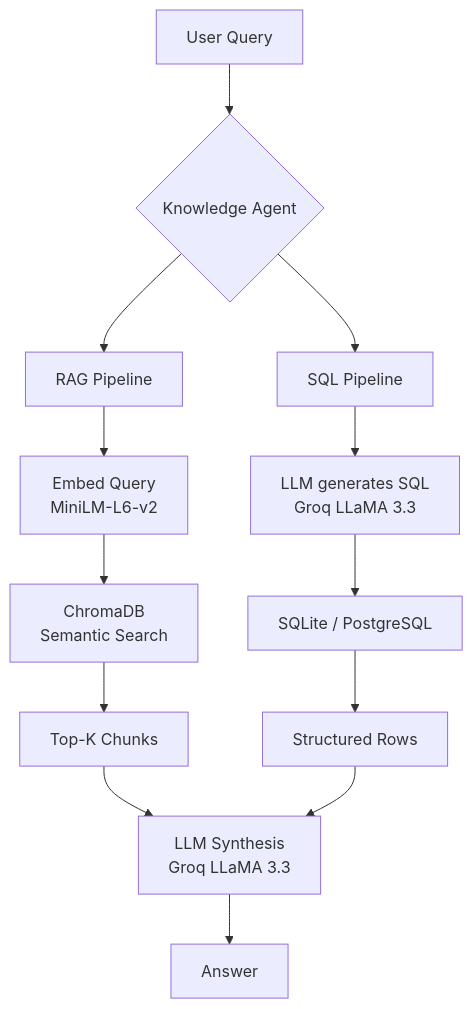
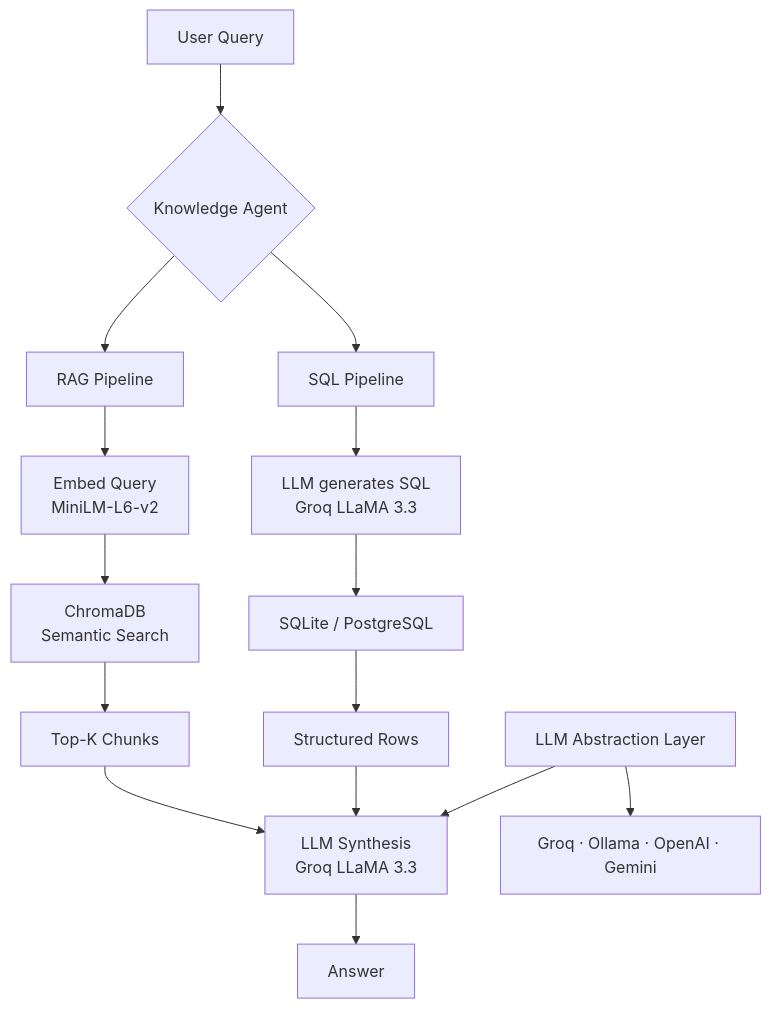
Before and after one commit to alexv6v6/ai-knowledge-hub: the first of 2 diagrams in README.md, drawn with Mermaid. The commit also changed other lines of this file, not shown here.

Commit message:
docs: add model selector and LLM abstraction layer to README

````diff
--- a/README.md
+++ b/README.md
@@ -45,20 +45,22 @@
 ```mermaid
 flowchart TD
     A[User Query] --> B{Knowledge Agent}
 
     B --> C[RAG Pipeline]
     B --> D[SQL Pipeline]
 
     C --> E[Embed Query\nMiniLM-L6-v2]
     E --> F[ChromaDB\nSemantic Search]
     F --> G[Top-K Chunks]
 
     D --> H[LLM generates SQL\nGroq LLaMA 3.3]
     H --> I[SQLite / PostgreSQL]
     I --> J[Structured Rows]
 
     G --> K[LLM Synthesis\nGroq LLaMA 3.3]
     J --> K
 
     K --> L[Answer]
+    M[LLM Abstraction Layer] --> K
+    M --> N[Groq · Ollama · OpenAI · Gemini]
 ```
````
